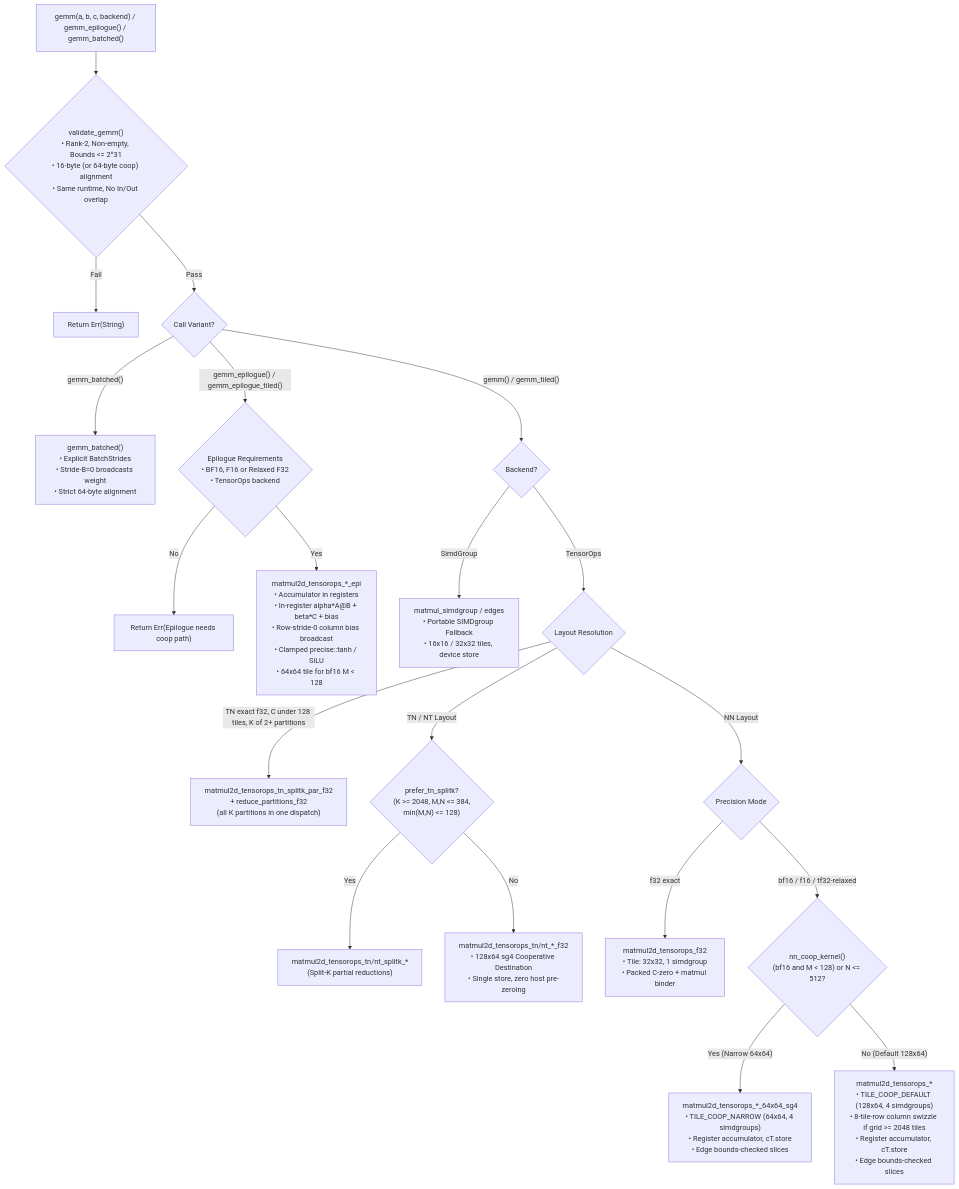
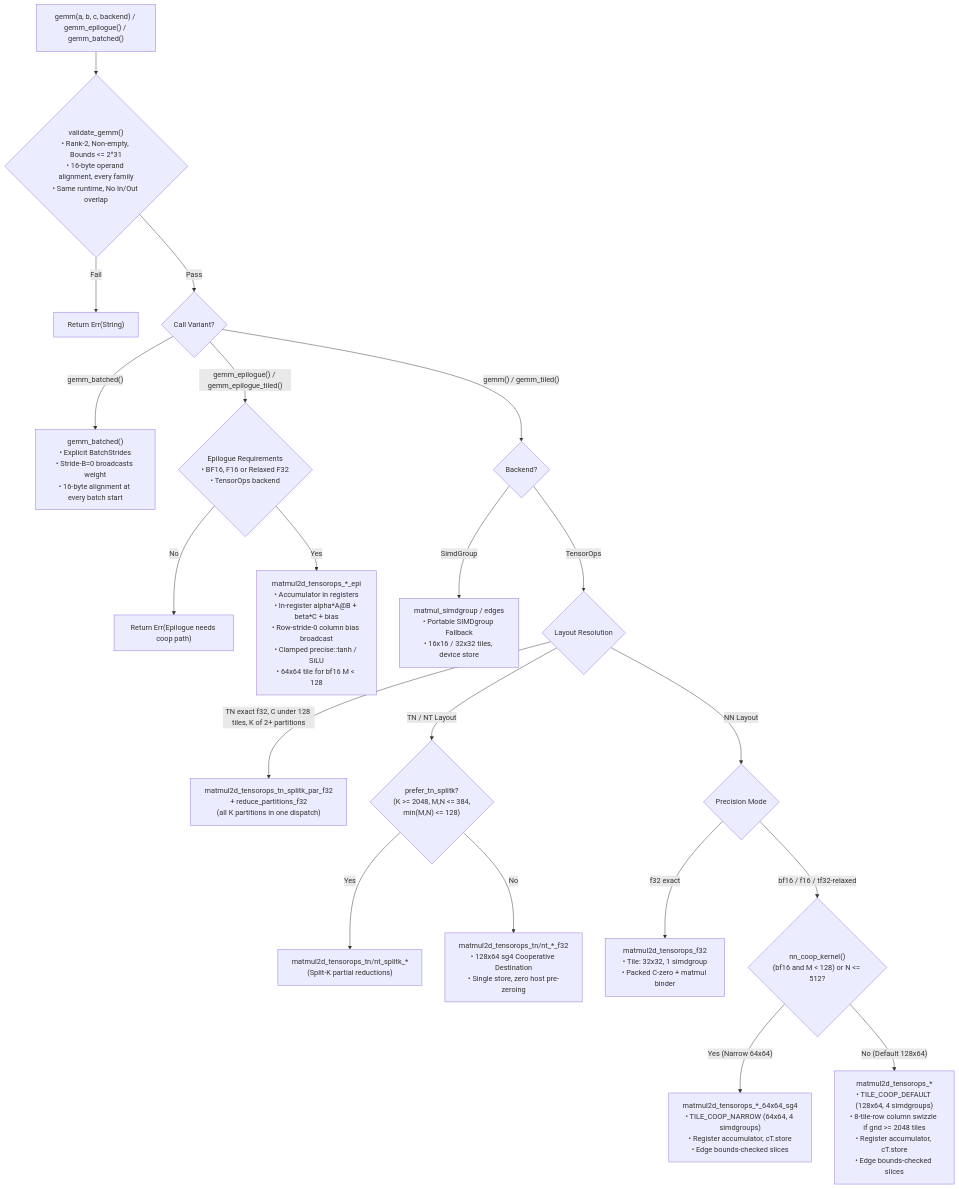
Before and after one commit to bharathvbcr/tessl: the first of 8 diagrams in docs/architecture.md, drawn with Mermaid. The commit also changed 9 other files, not shown here.

````diff
--- a/docs/architecture.md
+++ b/docs/architecture.md
@@ -11,31 +11,31 @@
 ```mermaid
 flowchart TD
-    Start["gemm(a, b, c, backend) / gemm_epilogue() / gemm_batched()"] --> Validate{"validate_gemm()<br/>• Rank-2, Non-empty, Bounds &lt;= 2^31<br/>• 16-byte (or 64-byte coop) alignment<br/>• Same runtime, No In/Out overlap"}
+    Start["gemm(a, b, c, backend) / gemm_epilogue() / gemm_batched()"] --> Validate{"validate_gemm()<br/>• Rank-2, Non-empty, Bounds &lt;= 2^31<br/>• 16-byte operand alignment, every family<br/>• Same runtime, No In/Out overlap"}
     Validate -- Fail --> Err["Return Err(String)"]
     Validate -- Pass --> ModeCheck{"Call Variant?"}
 
-    ModeCheck -- "gemm_batched()" --> Batched["gemm_batched()<br/>• Explicit BatchStrides<br/>• Stride-B=0 broadcasts weight<br/>• Strict 64-byte alignment"]
+    ModeCheck -- "gemm_batched()" --> Batched["gemm_batched()<br/>• Explicit BatchStrides<br/>• Stride-B=0 broadcasts weight<br/>• 16-byte alignment at every batch start"]
     ModeCheck -- "gemm_epilogue() / gemm_epilogue_tiled()" --> EpiCheck{"Epilogue Requirements<br/>• BF16, F16 or Relaxed F32<br/>• TensorOps backend"}
     EpiCheck -- No --> EpiErr["Return Err(Epilogue needs coop path)"]
     EpiCheck -- Yes --> EpiDispatch["matmul2d_tensorops_*_epi<br/>• Accumulator in registers<br/>• In-register alpha*A@B + beta*C + bias<br/>• Row-stride-0 column bias broadcast<br/>• Clamped precise::tanh / SiLU<br/>• 64x64 tile for bf16 M &lt; 128"]
     
     ModeCheck -- "gemm() / gemm_tiled()" --> BackendCheck{"Backend?"}
 
     BackendCheck -- SimdGroup --> SimdGroupKernel["matmul_simdgroup / edges<br/>• Portable SIMDgroup Fallback<br/>• 16x16 / 32x32 tiles, device store"]
     BackendCheck -- TensorOps --> LayoutCheck{"Layout Resolution"}
 
     LayoutCheck -- "TN exact f32, C under 128 tiles, K of 2+ partitions" --> ParTN["matmul2d_tensorops_tn_splitk_par_f32<br/>+ reduce_partitions_f32<br/>(all K partitions in one dispatch)"]
     LayoutCheck -- "TN / NT Layout" --> SplitKCheck{"prefer_tn_splitk?<br/>(K &gt;= 2048, M,N &lt;= 384,<br/>min(M,N) &lt;= 128)"}
     SplitKCheck -- Yes --> SplitKKernel["matmul2d_tensorops_tn/nt_splitk_*<br/>(Split-K partial reductions)"]
     SplitKCheck -- No --> CoopTN["matmul2d_tensorops_tn/nt_*_f32<br/>• 128x64 sg4 Cooperative Destination<br/>• Single store, zero host pre-zeroing"]
 
     LayoutCheck -- "NN Layout" --> PrecisionCheck{"Precision Mode"}
     
     PrecisionCheck -- "f32 exact" --> F32Exact["matmul2d_tensorops_f32<br/>• Tile: 32x32, 1 simdgroup<br/>• Packed C-zero + matmul binder"]
     
     PrecisionCheck -- "bf16 / f16 / tf32-relaxed" --> NNTable{"nn_coop_kernel()<br/>(bf16 and M &lt; 128) or N &lt;= 512?"}
     
     NNTable -- "Yes (Narrow 64x64)" --> NNNarrow["matmul2d_tensorops_*_64x64_sg4<br/>• TILE_COOP_NARROW (64x64, 4 simdgroups)<br/>• Register accumulator, cT.store<br/>• Edge bounds-checked slices"]
     
     NNTable -- "No (Default 128x64)" --> NNDefault["matmul2d_tensorops_*<br/>• TILE_COOP_DEFAULT (128x64, 4 simdgroups)<br/>• 8-tile-row column swizzle if grid &gt;= 2048 tiles<br/>• Register accumulator, cT.store<br/>• Edge bounds-checked slices"]
 ```
````
